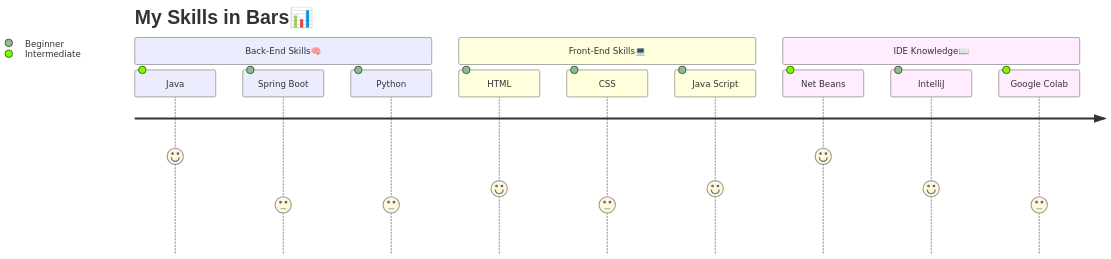
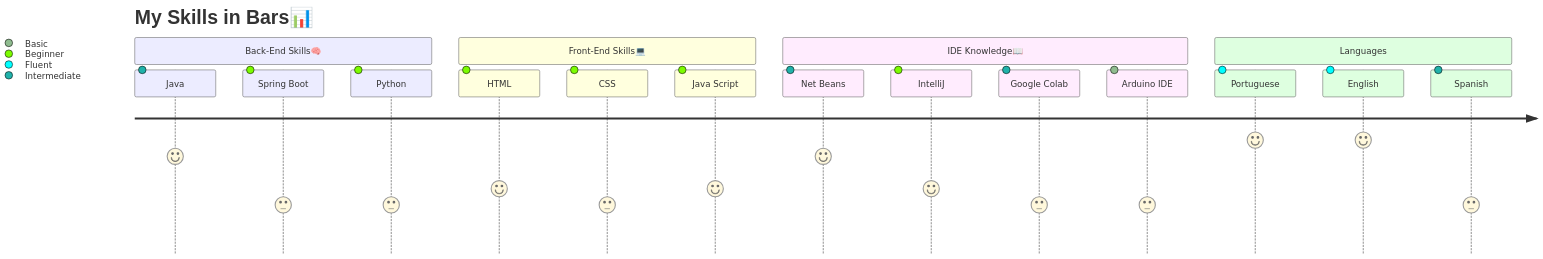
Before and after one commit to Breno-M-G/see-my-resume: the second of 2 diagrams in README.md, drawn with Mermaid.

Commit message:
Adição_de_Topicos_Journey

````diff
--- a/README.md
+++ b/README.md
@@ -26,16 +26,21 @@
 ``` mermaid
 journey
     title My Skills in Bars📊
      section Back-End Skills🧠
       Java: 6: Intermediate
       Spring Boot: 3: Beginner 
       Python: 3 : Beginner
     section Front-End Skills💻
       HTML: 4: Beginner
       CSS: 3: Beginner
       Java Script: 4: Beginner
     section IDE Knowledge📖
         Net Beans: 6: Intermediate
         IntelliJ: 4 : Beginner
         Google Colab: 3: Intermediate
+        Arduino IDE: 3: Basic
+    section Languages
+        Portuguese:7 : Fluent
+        English: 7 : Fluent
+        Spanish: 3: Intermediate
 ```
````
